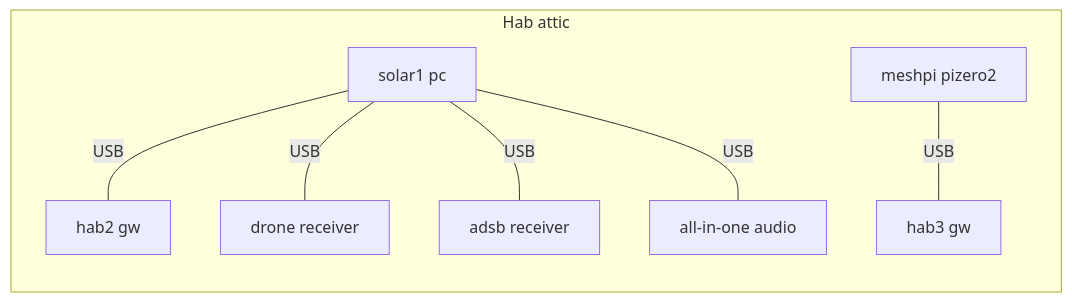
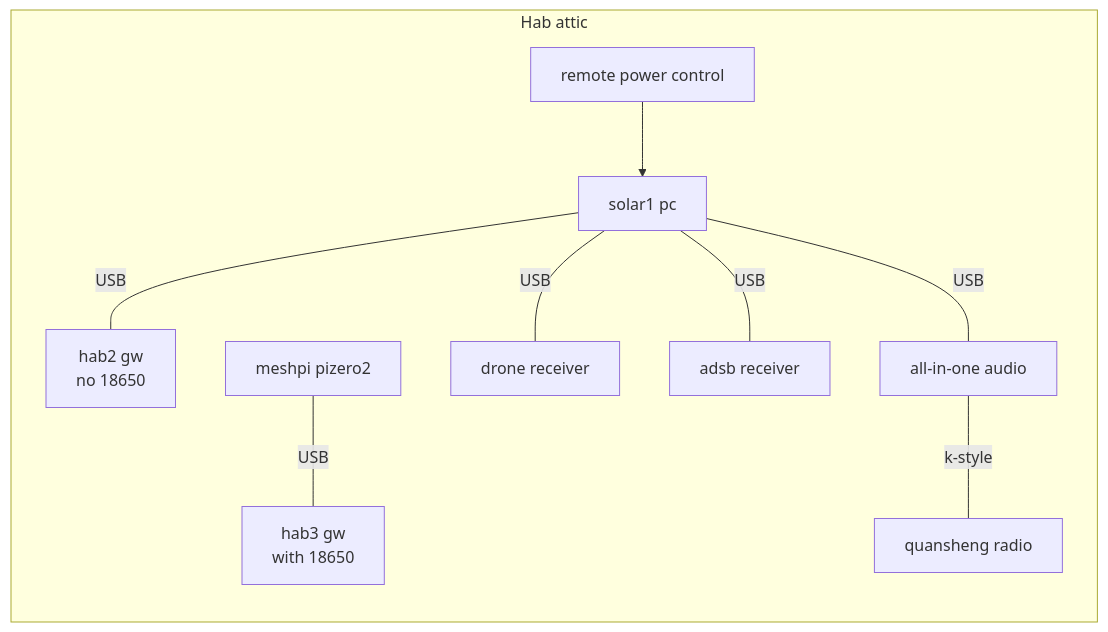
The diagram in docs/mdrs.md (bmidgley/mars-evalink), drawn with Mermaid before and after one commit.

Commit message:
hab attic diagram finished

````diff
--- a/docs/mdrs.md
+++ b/docs/mdrs.md
@@ -5,18 +5,22 @@
 ```mermaid
 flowchart LR
     subgraph attic [Hab attic]
-        H2[hab2 gw]
+        H2["hab2 gw<br/>no 18650"]
+        RR[remote power control]
         S1[solar1 pc]
         MP[meshpi pizero2]
-        H3[hab3 gw]
+        H3["hab3 gw<br/>with 18650"]
         DR[drone receiver]
         ADSB[adsb receiver]
         AUDIO[all-in-one audio]
+        QS[quansheng radio]
 
+        RR --> S1
         S1 -- USB --- H2
         MP -- USB --- H3
         S1 -- USB --- DR
         S1 -- USB --- ADSB
         S1 -- USB --- AUDIO
+        AUDIO -- k-style --- QS
     end
 ```
````
